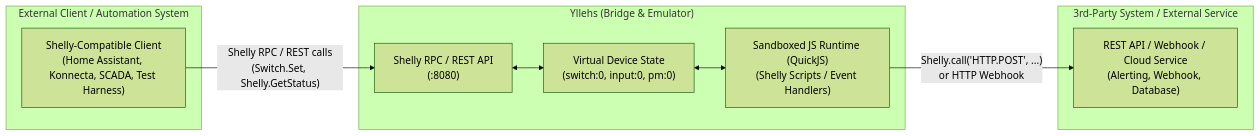
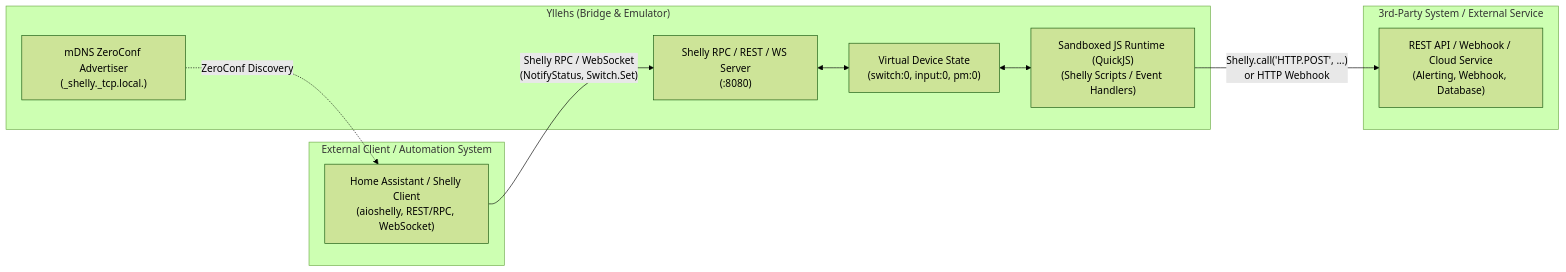
One commit to denismaggior8/yllehs changed the diagram in README.md. Above: the diagram before and after it, drawn with Mermaid (forest theme). The commit also changed other lines of this file, not shown here.

Commit message:
Update README to clarify Yllehs functionality and enhance Home Assistant integration details

````diff
--- a/README.md
+++ b/README.md
@@ -18,22 +21,24 @@
 ```mermaid
 graph LR
     subgraph ClientSystem["External Client / Automation System"]
-        Client["Shelly-Compatible Client<br/>(Home Assistant, Konnecta, SCADA, Test Harness)"]
+        Client["Home Assistant / Shelly Client<br/>(aioshelly, REST/RPC, WebSocket)"]
     end
 
     subgraph YllehsContainer["Yllehs (Bridge & Emulator)"]
-        RPC["Shelly RPC / REST API<br/>(:8080)"]
+        RPC["Shelly RPC / REST / WS Server<br/>(:8080)"]
+        mDNS["mDNS ZeroConf Advertiser<br/>(_shelly._tcp.local.)"]
         State["Virtual Device State<br/>(switch:0, input:0, pm:0)"]
         Engine["Sandboxed JS Runtime (QuickJS)<br/>(Shelly Scripts / Event Handlers)"]
         
         RPC <--> State
         State <--> Engine
     end
 
     subgraph ThirdPartySystem["3rd-Party System / External Service"]
         Service["REST API / Webhook / Cloud Service<br/>(Alerting, Webhook, Database)"]
     end
 
-    Client -->|"Shelly RPC / REST calls<br/>(Switch.Set, Shelly.GetStatus)"| RPC
+    Client -->|"Shelly RPC / WebSocket<br/>(NotifyStatus, Switch.Set)"| RPC
+    mDNS -.->|"ZeroConf Discovery"| Client
     Engine -->|"Shelly.call('HTTP.POST', ...)<br/>or HTTP Webhook"| Service
 ```
````
